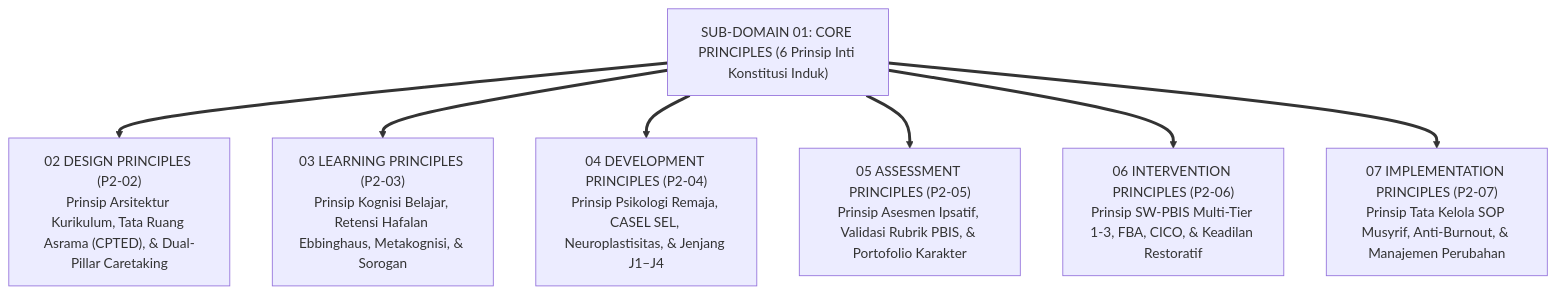
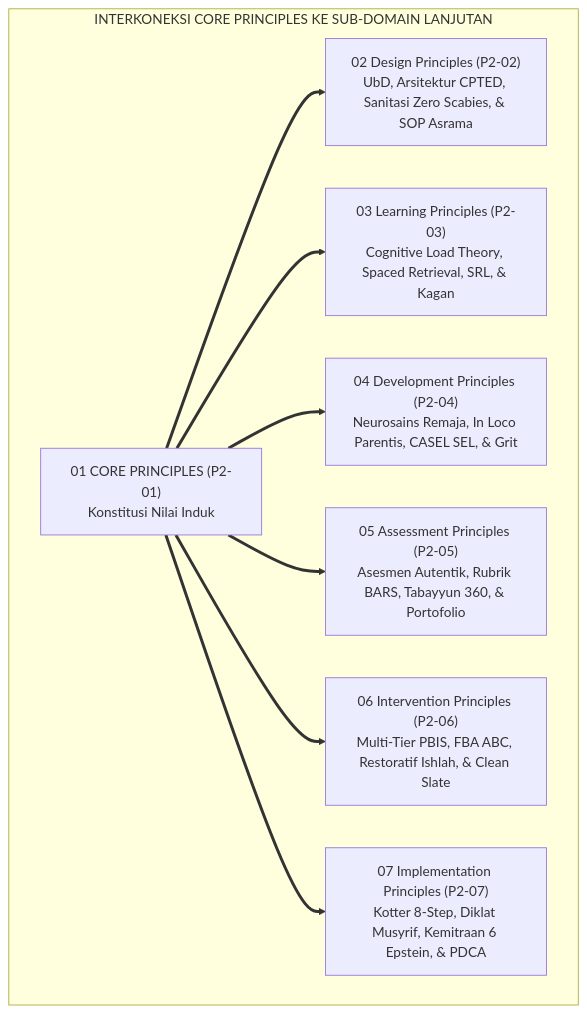
One commit to wandiapriliyandi/tumbuh changed the third of 4 diagrams in 02 Principles/01 Core Principles/P2-01-07-Sintesis-Core-Principles-TUMBUH.md. Above: the diagram before and after it, drawn with Mermaid. The commit also changed other lines of this file and 7 other files, not shown here.

Commit message:
docs(principles): reconstruct all 01 Core Principles monographs to pure academic standard

````diff
--- a/02 Principles/01 Core Principles/P2-01-07-Sintesis-Core-Principles-TUMBUH.md
+++ b/02 Principles/01 Core Principles/P2-01-07-Sintesis-Core-Principles-TUMBUH.md
@@ -267,16 +158,13 @@
 ```mermaid
 flowchart TD
-    Core["SUB-DOMAIN 01: CORE PRINCIPLES (6 Prinsip Inti Konstitusi Induk)"]
-    
-    Core ==> SD02["02 DESIGN PRINCIPLES (P2-02)<br/>Prinsip Arsitektur Kurikulum, Tata Ruang Asrama (CPTED), & Dual-Pillar Caretaking"]
-    
-    Core ==> SD03["03 LEARNING PRINCIPLES (P2-03)<br/>Prinsip Kognisi Belajar, Retensi Hafalan Ebbinghaus, Metakognisi, & Sorogan"]
-    
-    Core ==> SD04["04 DEVELOPMENT PRINCIPLES (P2-04)<br/>Prinsip Psikologi Remaja, CASEL SEL, Neuroplastisitas, & Jenjang J1–J4"]
-    
-    Core ==> SD05["05 ASSESSMENT PRINCIPLES (P2-05)<br/>Prinsip Asesmen Ipsatif, Validasi Rubrik PBIS, & Portofolio Karakter"]
-    
-    Core ==> SD06["06 INTERVENTION PRINCIPLES (P2-06)<br/>Prinsip SW-PBIS Multi-Tier 1-3, FBA, CICO, & Keadilan Restoratif"]
-    
-    Core ==> SD07["07 IMPLEMENTATION PRINCIPLES (P2-07)<br/>Prinsip Tata Kelola SOP Musyrif, Anti-Burnout, & Manajemen Perubahan"]
+    subgraph PetaInterkoneksiPrinciples["INTERKONEKSI CORE PRINCIPLES KE SUB-DOMAIN LANJUTAN"]
+        Core["01 CORE PRINCIPLES (P2-01)<br/>Konstitusi Nilai Induk"]
+        
+        Core ==> SD2["02 Design Principles (P2-02)<br/>UbD, Arsitektur CPTED, Sanitasi Zero Scabies, & SOP Asrama"]
+        Core ==> SD3["03 Learning Principles (P2-03)<br/>Cognitive Load Theory, Spaced Retrieval, SRL, & Kagan"]
+        Core ==> SD4["04 Development Principles (P2-04)<br/>Neurosains Remaja, In Loco Parentis, CASEL SEL, & Grit"]
+        Core ==> SD5["05 Assessment Principles (P2-05)<br/>Asesmen Autentik, Rubrik BARS, Tabayyun 360, & Portofolio"]
+        Core ==> SD6["06 Intervention Principles (P2-06)<br/>Multi-Tier PBIS, FBA ABC, Restoratif Ishlah, & Clean Slate"]
+        Core ==> SD7["07 Implementation Principles (P2-07)<br/>Kotter 8-Step, Diklat Musyrif, Kemitraan 6 Epstein, & PDCA"]
+    end
 ```
````
